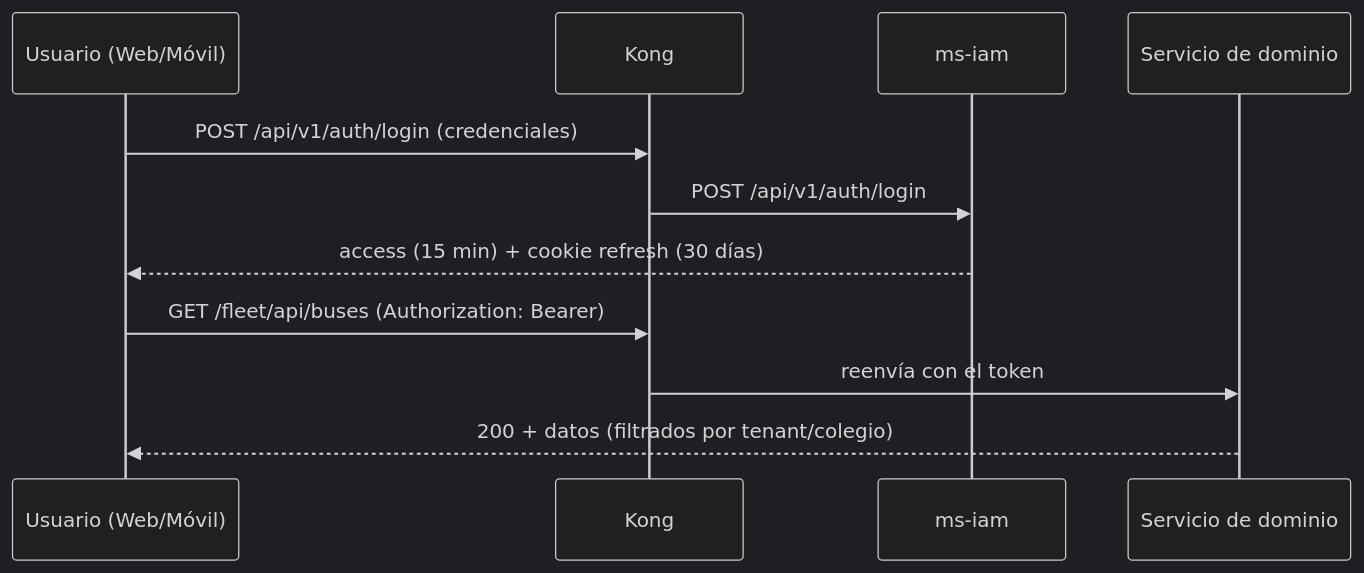
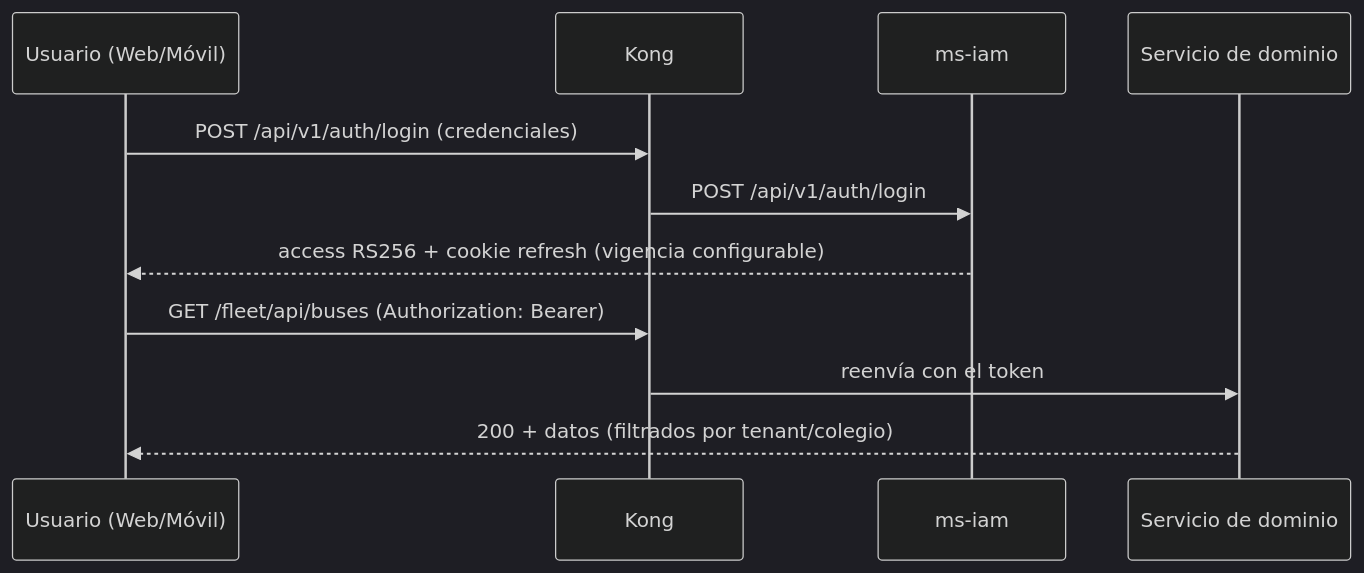
Before and after one commit to school-guardian-project/sg-documentation: the fifth of 12 diagrams in Manuales/es/Manual-Tecnico-Guardian-Escolar.md, drawn with Mermaid (dark theme). The commit also changed other lines of this file and 1 other file, not shown here.

````diff
--- a/Manuales/es/Manual-Tecnico-Guardian-Escolar.md
+++ b/Manuales/es/Manual-Tecnico-Guardian-Escolar.md
@@ -415,13 +408,13 @@
 ```mermaid
 sequenceDiagram
     participant U as Usuario (Web/Móvil)
     participant K as Kong
     participant IAM as ms-iam
     participant SV as Servicio de dominio
     U->>K: POST /api/v1/auth/login (credenciales)
     K->>IAM: POST /api/v1/auth/login
-    IAM-->>U: access (15 min) + cookie refresh (30 días)
+    IAM-->>U: access RS256 + cookie refresh (vigencia configurable)
     U->>K: GET /fleet/api/buses (Authorization: Bearer)
     K->>SV: reenvía con el token
     SV-->>U: 200 + datos (filtrados por tenant/colegio)
 ```
````
